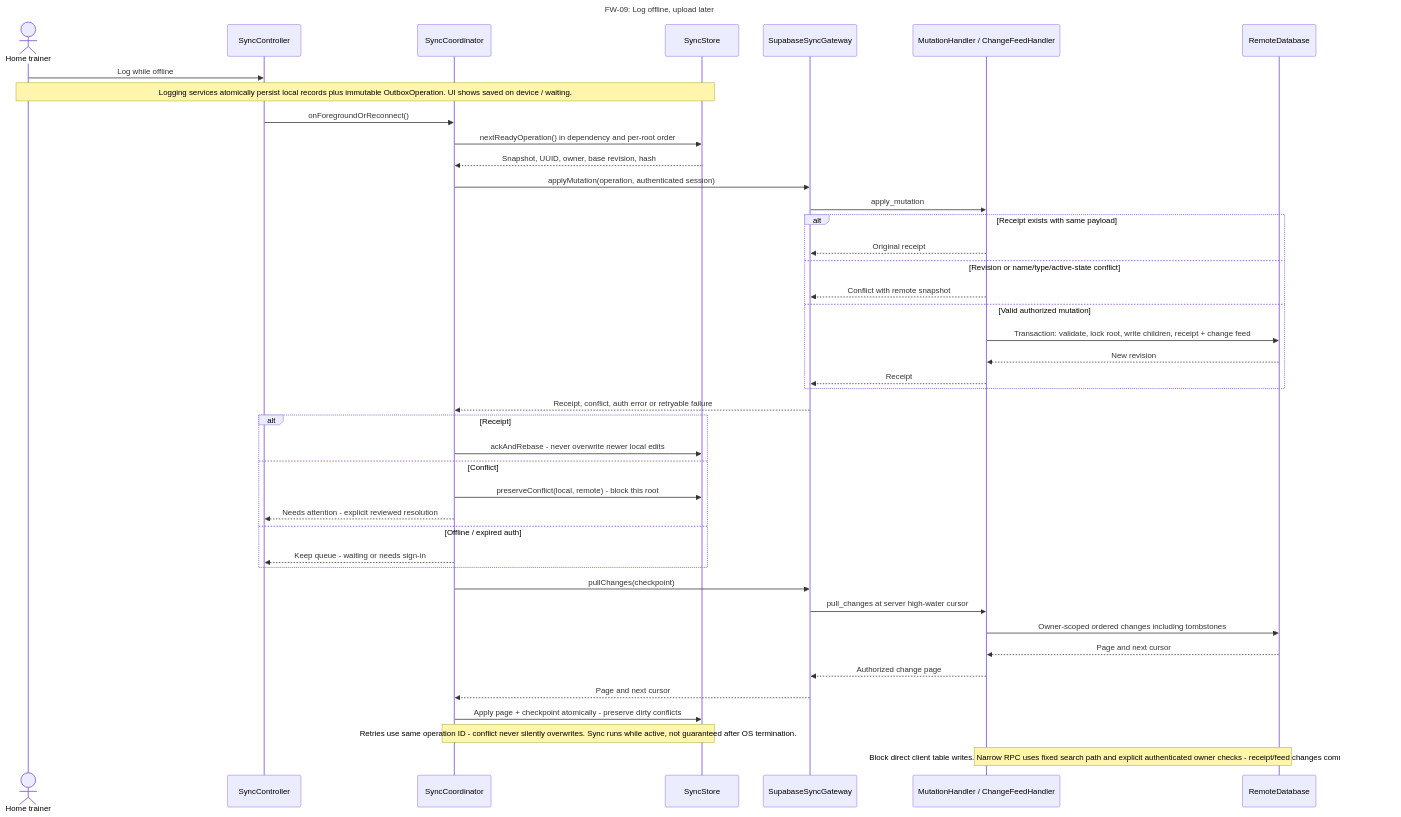
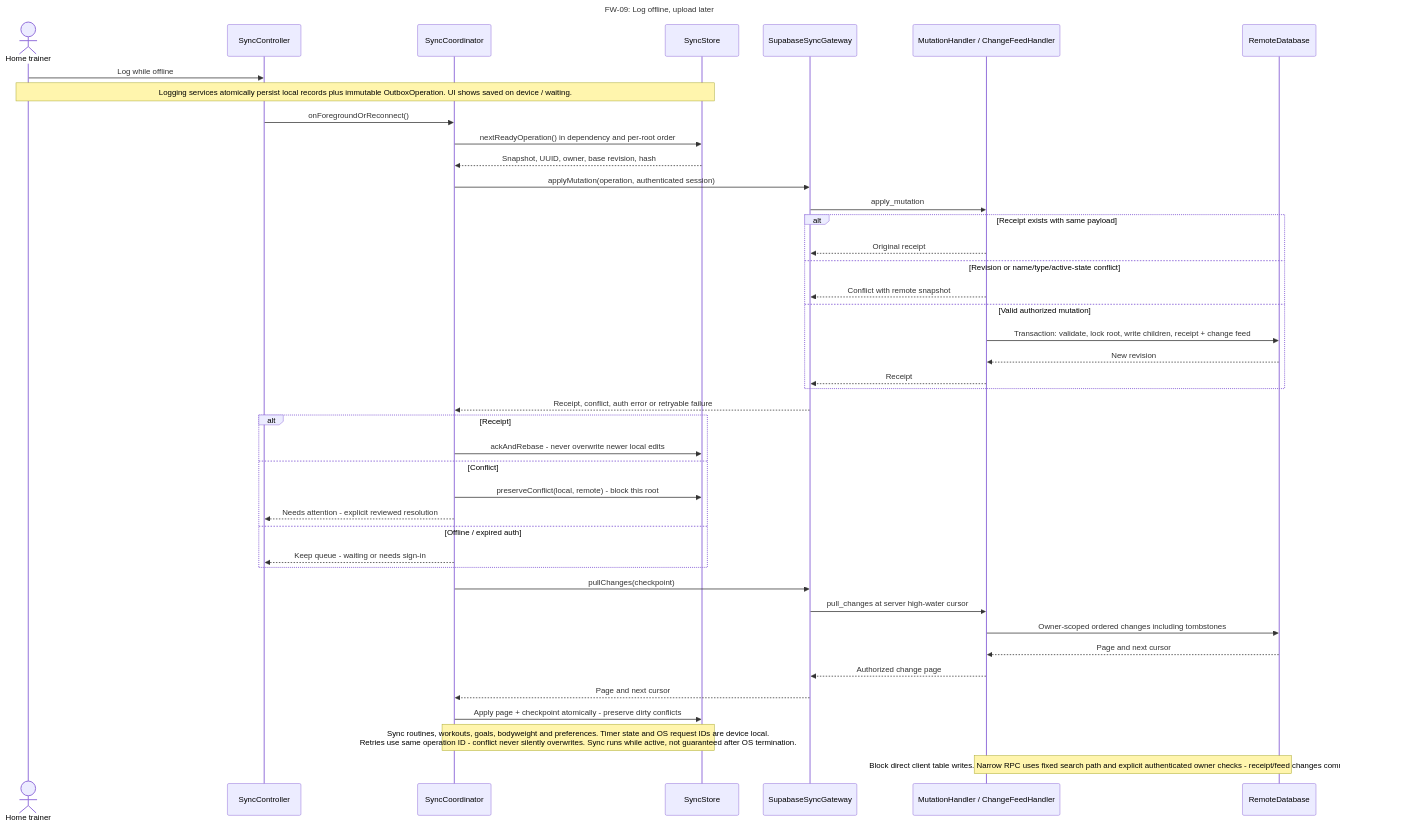
One commit to SebasLopez2005/SWEProject1 changed diagram 21 of 50 in docs/part2/design/README.md. Above: the diagram before and after it, drawn with Mermaid. The commit also changed other lines of this file and 47 other files, not shown here.

````diff
--- a/docs/part2/design/README.md
+++ b/docs/part2/design/README.md
@@ -1205,45 +1529,45 @@
 ```mermaid
 sequenceDiagram
     title FW-09: Log offline, upload later
     actor U as Home trainer
     participant C as SyncController
     participant S as SyncCoordinator
     participant R as SyncStore
     participant G as SupabaseSyncGateway
     participant H as MutationHandler / ChangeFeedHandler
     participant DB as RemoteDatabase
     U->>C: Log while offline
     Note over U,R: Logging services atomically persist local records plus immutable OutboxOperation. UI shows saved on device / waiting.
     C->>S: onForegroundOrReconnect()
     S->>R: nextReadyOperation() in dependency and per-root order
     R-->>S: Snapshot, UUID, owner, base revision, hash
     S->>G: applyMutation(operation, authenticated session)
     G->>H: apply_mutation
     alt Receipt exists with same payload
      H-->>G: Original receipt
     else Revision or name/type/active-state conflict
      H-->>G: Conflict with remote snapshot
     else Valid authorized mutation
      H->>DB: Transaction: validate, lock root, write children, receipt + change feed
      DB-->>H: New revision
      H-->>G: Receipt
     end
     G-->>S: Receipt, conflict, auth error or retryable failure
     alt Receipt
      S->>R: ackAndRebase -  never overwrite newer local edits
     else Conflict
      S->>R: preserveConflict(local, remote) -  block this root
      S-->>C: Needs attention -  explicit reviewed resolution
     else Offline / expired auth
      S-->>C: Keep queue -  waiting or needs sign-in
     end
     S->>G: pullChanges(checkpoint)
     G->>H: pull_changes at server high-water cursor
     H->>DB: Owner-scoped ordered changes including tombstones
     DB-->>H: Page and next cursor
     H-->>G: Authorized change page
     G-->>S: Page and next cursor
     S->>R: Apply page + checkpoint atomically -  preserve dirty conflicts
-    Note over S,R: Retries use same operation ID -  conflict never silently overwrites. Sync runs while active, not guaranteed after OS termination.
+    Note over S,R: Sync routines, workouts, goals, bodyweight and preferences. Timer state and OS request IDs are device local.<br/>Retries use same operation ID -  conflict never silently overwrites. Sync runs while active, not guaranteed after OS termination.
     Note over H,DB: Block direct client table writes. Narrow RPC uses fixed search path and explicit authenticated owner checks -  receipt/feed changes commit with the root.
 ```
````
